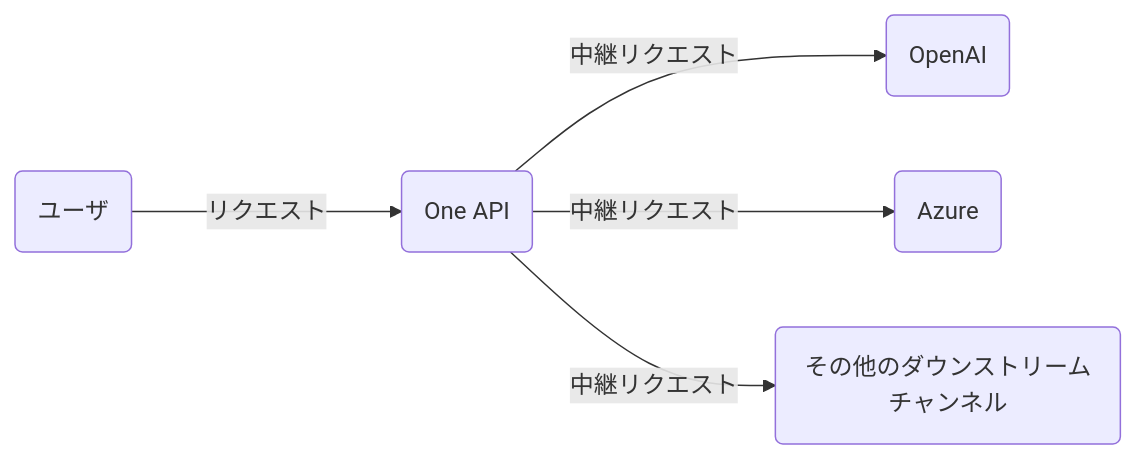
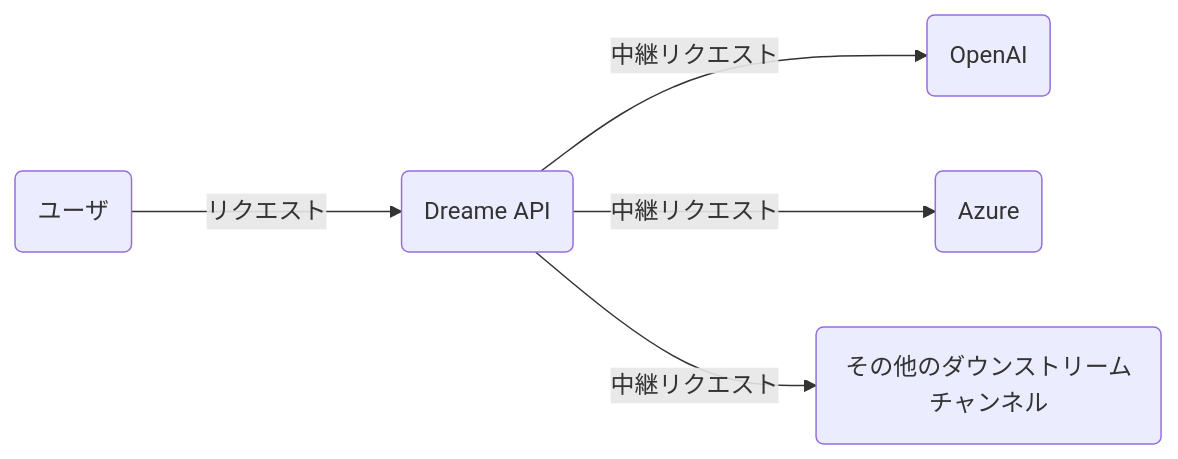
The diagram in README.ja.md (knightgao/dreame-api), drawn with Mermaid before and after one commit. The commit also changed other lines of this file and 27 other files, not shown here.

````diff
--- a/README.ja.md
+++ b/README.ja.md
@@ -224,8 +224,8 @@
 ```mermaid
 graph LR
     A(ユーザ)
-    A --->|リクエスト| B(One API)
+    A --->|リクエスト| B(Dreame API)
     B -->|中継リクエスト| C(OpenAI)
     B -->|中継リクエスト| D(Azure)
     B -->|中継リクエスト| E(その他のダウンストリームチャンネル)
 ```
````
